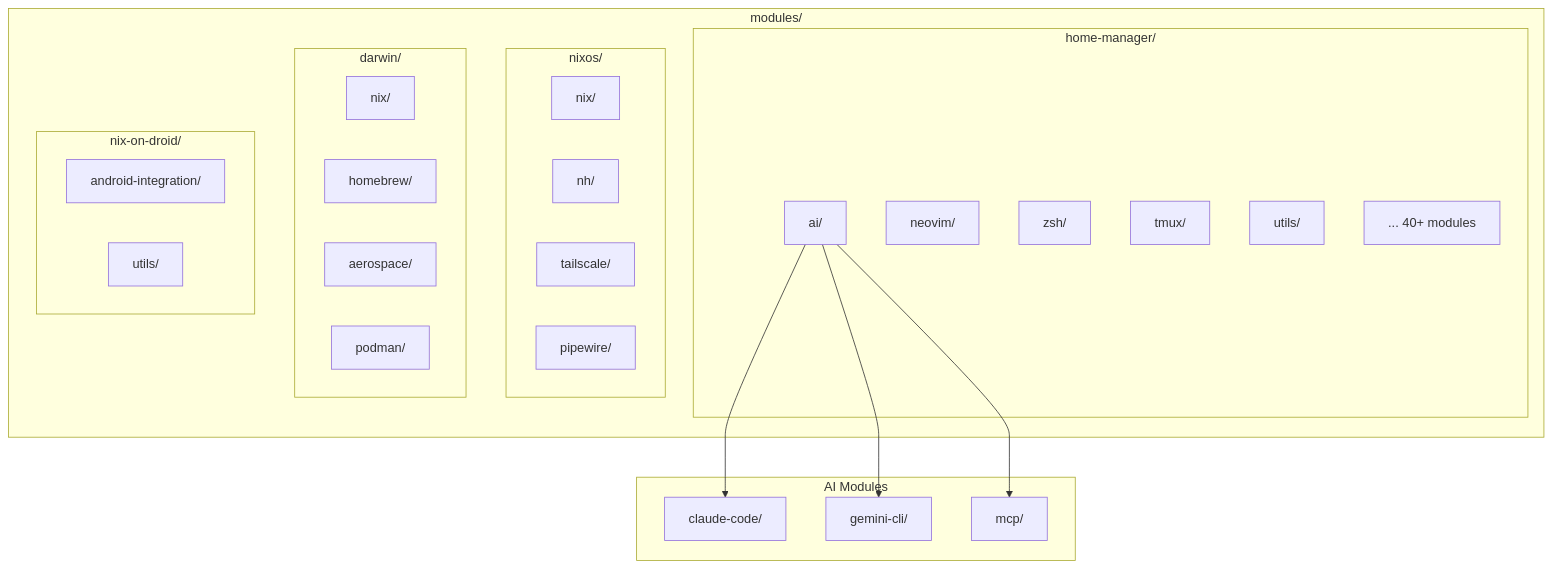
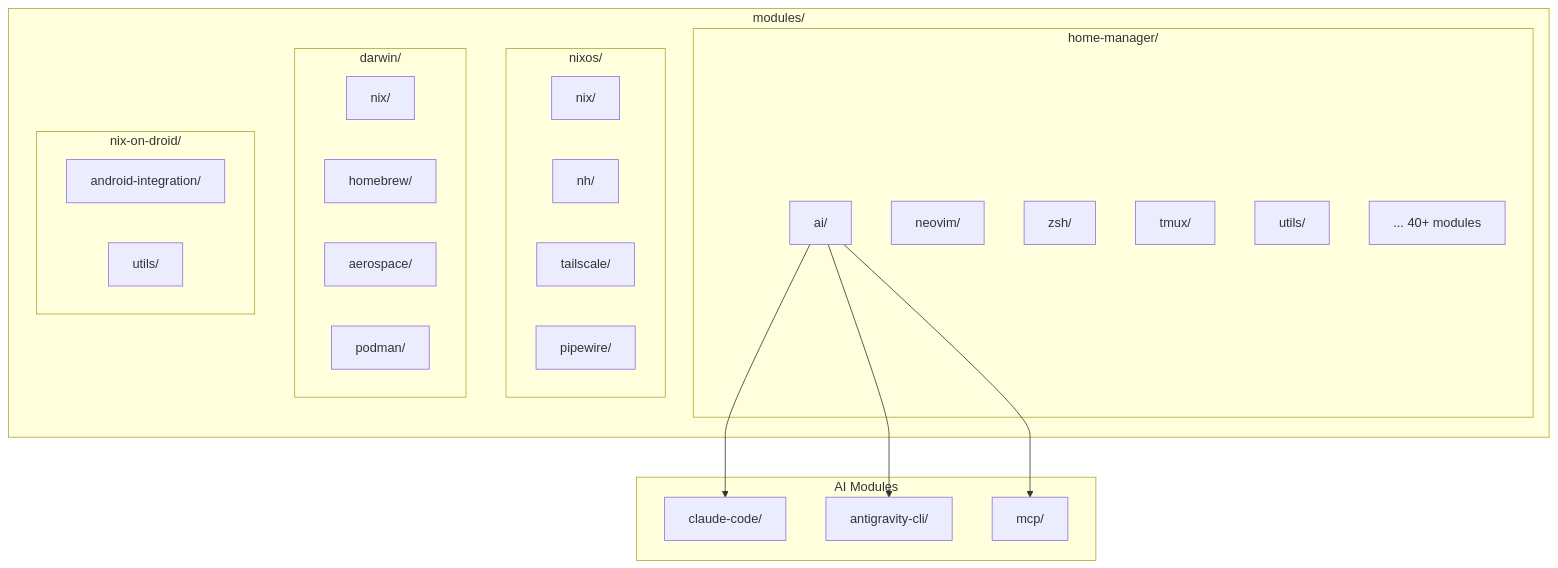
The fourth of 15 diagrams in docs/ARCHITECTURE.md (idjoo/dotfiles), drawn with Mermaid before and after one commit. The commit also changed 3 other files, not shown here.

Commit message:
docs(ai): 📝 rename gemini-cli docs to antigravity-cli

````diff
--- a/docs/ARCHITECTURE.md
+++ b/docs/ARCHITECTURE.md
@@ -183,42 +183,42 @@
 ```mermaid
 graph TB
     subgraph "modules/"
         subgraph "home-manager/"
             AI[ai/]
             NV[neovim/]
             ZSH[zsh/]
             TMUX[tmux/]
             UTILS[utils/]
             OTHER[... 40+ modules]
         end
 
         subgraph "nixos/"
             NIX_N[nix/]
             NH[nh/]
             TS[tailscale/]
             PW[pipewire/]
         end
 
         subgraph "darwin/"
             NIX_D[nix/]
             HB[homebrew/]
             AS[aerospace/]
             PM[podman/]
         end
 
         subgraph "nix-on-droid/"
             ANDROID[android-integration/]
             UTILS_A[utils/]
         end
     end
 
     subgraph "AI Modules"
         CC[claude-code/]
-        GC[gemini-cli/]
+        GC[antigravity-cli/]
         MCP[mcp/]
     end
 
     AI --> CC
     AI --> GC
     AI --> MCP
 ```
````
